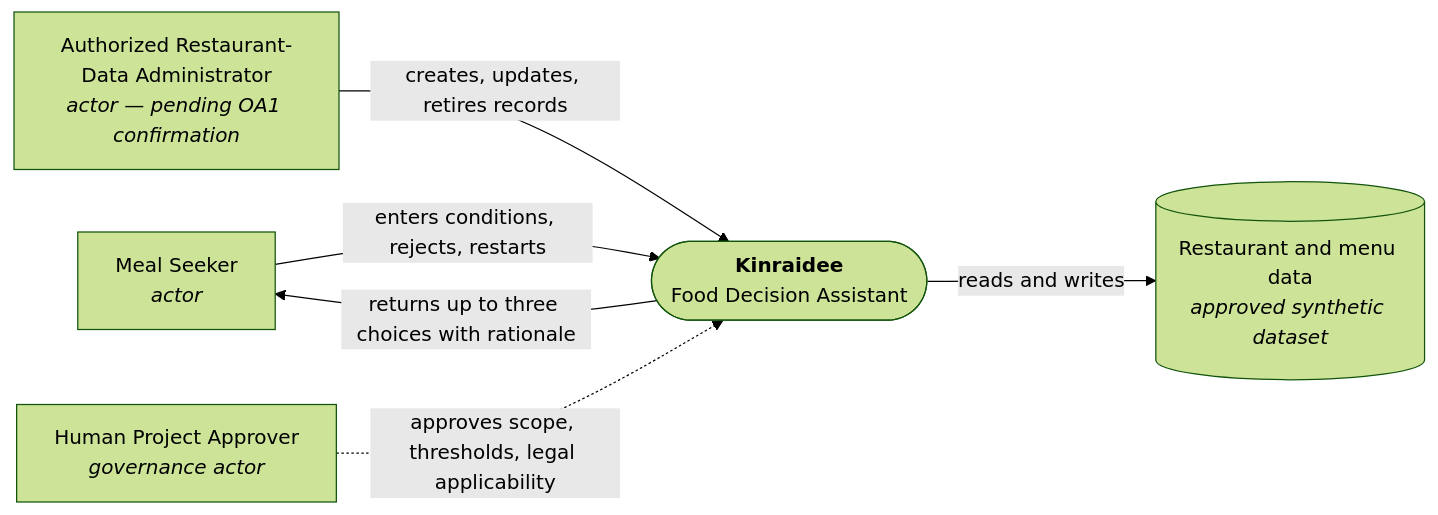
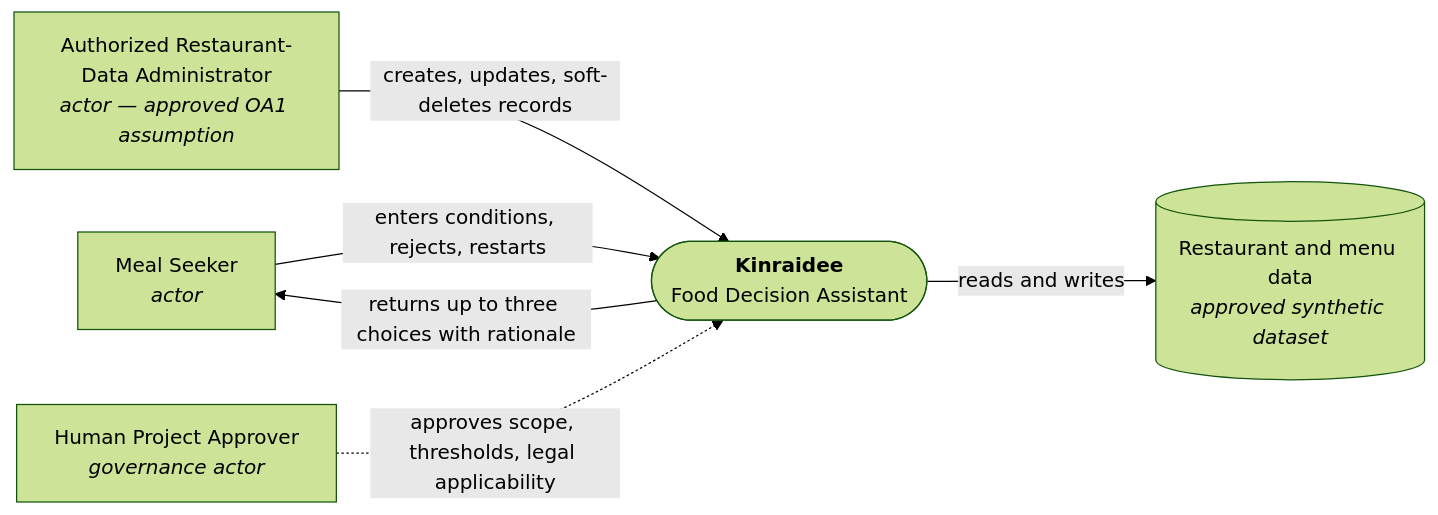
Before and after one commit to bear0420-47/Kinraidee: the first of 3 diagrams in docs/02-design/diagrams.md, drawn with Mermaid (forest theme). The commit also changed other lines of this file and 18 other files, not shown here.

````diff
--- a/docs/02-design/diagrams.md
+++ b/docs/02-design/diagrams.md
@@ -25,16 +25,16 @@
 ```mermaid
 flowchart LR
   seeker["Meal Seeker<br/><i>actor</i>"]
-  admin["Authorized Restaurant-Data Administrator<br/><i>actor — pending OA1 confirmation</i>"]
+  admin["Authorized Restaurant-Data Administrator<br/><i>actor — approved OA1 assumption</i>"]
   approver["Human Project Approver<br/><i>governance actor</i>"]
 
   kinraidee(["<b>Kinraidee</b><br/>Food Decision Assistant"])
 
   data[("Restaurant and menu data<br/><i>approved synthetic dataset</i>")]
 
   seeker -->|"enters conditions, rejects, restarts"| kinraidee
   kinraidee -->|"returns up to three choices with rationale"| seeker
-  admin -->|"creates, updates, retires records"| kinraidee
+  admin -->|"creates, updates, soft-deletes records"| kinraidee
   kinraidee -->|"reads and writes"| data
   approver -.->|"approves scope, thresholds, legal applicability"| kinraidee
 ```
````
